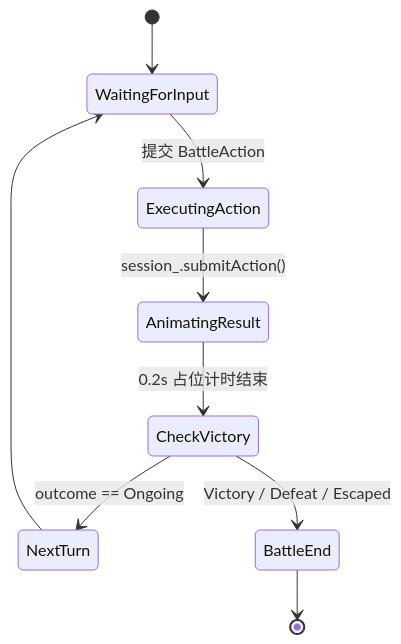
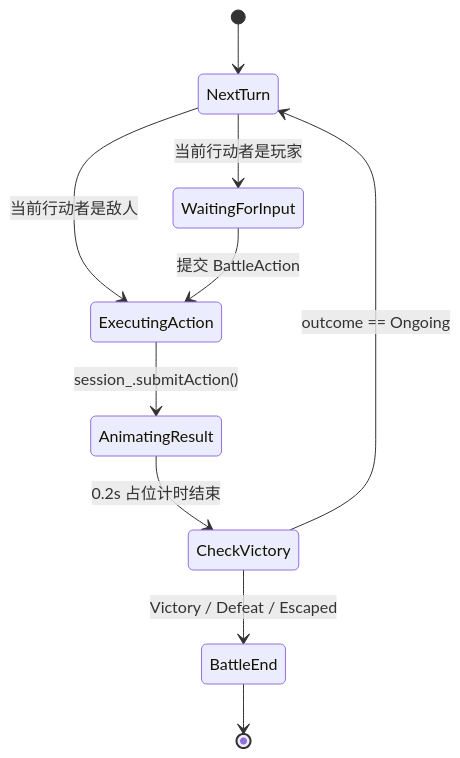
Before and after one commit to WispSnow/TinyFarmRPG: the second of 7 diagrams in docs/gameplay/turn-based-battle.md, drawn with Mermaid. The commit also changed other lines of this file and 12 other files, not shown here.

````diff
--- a/docs/gameplay/turn-based-battle.md
+++ b/docs/gameplay/turn-based-battle.md
@@ -97,11 +110,12 @@
 ```mermaid
 stateDiagram-v2
-    [*] --> WaitingForInput
+    [*] --> NextTurn
+    NextTurn --> WaitingForInput : 当前行动者是玩家
+    NextTurn --> ExecutingAction : 当前行动者是敌人
     WaitingForInput --> ExecutingAction : 提交 BattleAction
     ExecutingAction --> AnimatingResult : session_.submitAction()
     AnimatingResult --> CheckVictory : 0.2s 占位计时结束
     CheckVictory --> NextTurn : outcome == Ongoing
     CheckVictory --> BattleEnd : Victory / Defeat / Escaped
-    NextTurn --> WaitingForInput
     BattleEnd --> [*]
 ```
````
